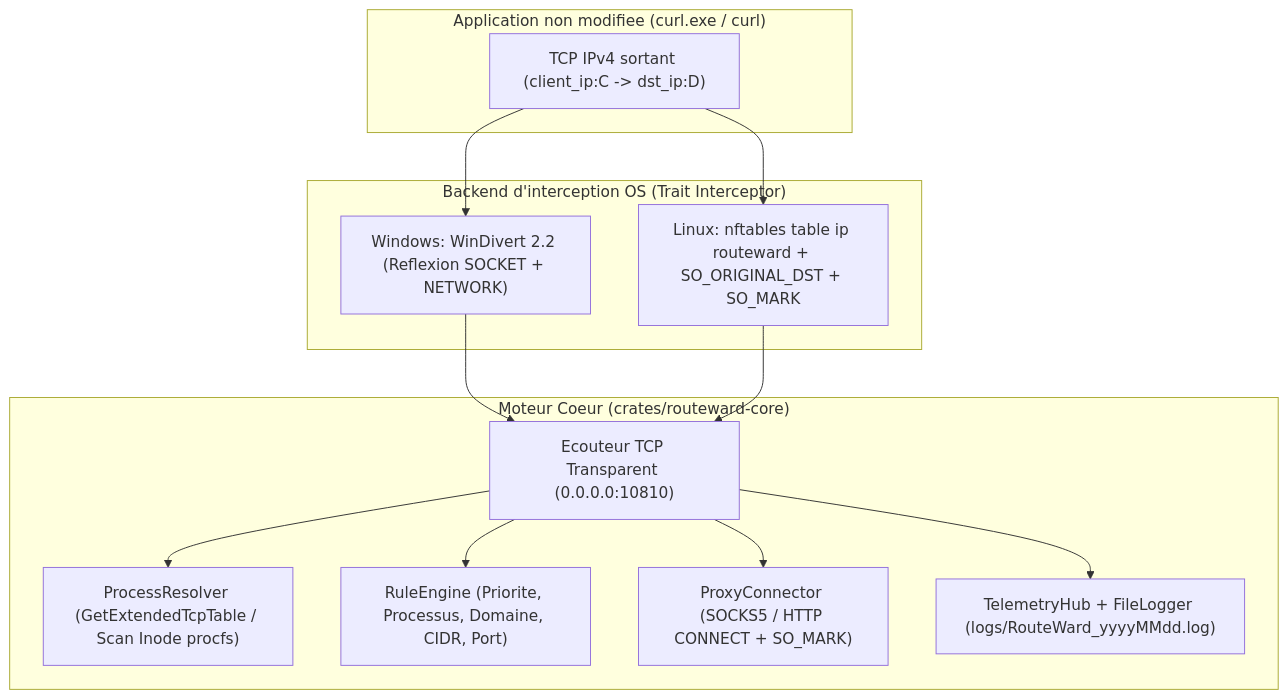
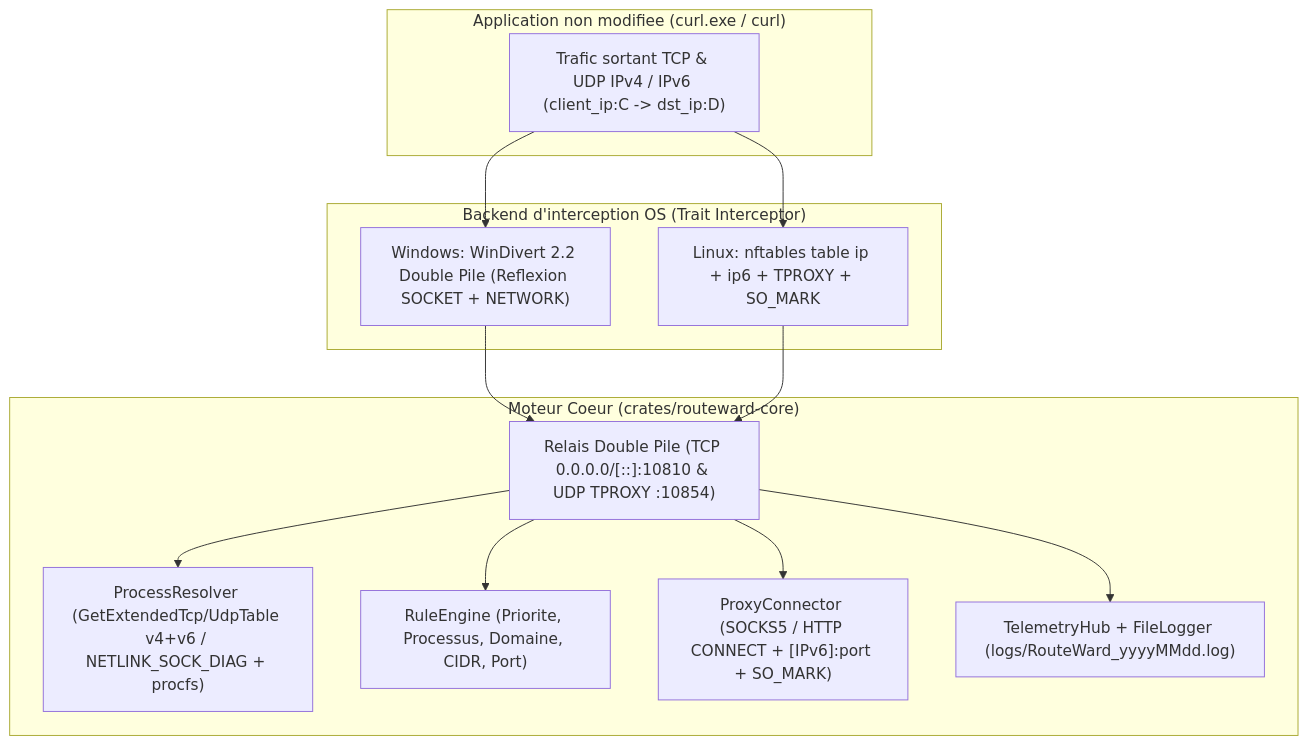
One commit to VBlackJack/routeward changed the diagram in docs/fr/architecture.md. Above: the diagram before and after it, drawn with Mermaid. The commit also changed other lines of this file and 74 other files, not shown here.

Commit message:
feat(core,desktop,ui): add dual-stack IPv6 interception, NETLINK_SOCK_DIAG, security audit hardening, and modular refactors

````diff
--- a/docs/fr/architecture.md
+++ b/docs/fr/architecture.md
@@ -150,28 +166,28 @@
 ```mermaid
 flowchart TD
     subgraph ClientApp["Application non modifiee (curl.exe / curl)"]
-        Curl["TCP IPv4 sortant (client_ip:C -> dst_ip:D)"]
+        Curl["Trafic sortant TCP & UDP IPv4 / IPv6 (client_ip:C -> dst_ip:D)"]
     end
 
     subgraph OSBackend["Backend d'interception OS (Trait Interceptor)"]
-        WinBackend["Windows: WinDivert 2.2 (Reflexion SOCKET + NETWORK)"]
-        LinBackend["Linux: nftables table ip routeward + SO_ORIGINAL_DST + SO_MARK"]
+        WinBackend["Windows: WinDivert 2.2 Double Pile (Reflexion SOCKET + NETWORK)"]
+        LinBackend["Linux: nftables table ip + ip6 + TPROXY + SO_MARK"]
     end
 
     subgraph Core["Moteur Coeur (crates/routeward-core)"]
-        ProcRes["ProcessResolver (GetExtendedTcpTable / Scan Inode procfs)"]
-        TransRelay["Ecouteur TCP Transparent (0.0.0.0:10810)"]
+        ProcRes["ProcessResolver (GetExtendedTcp/UdpTable v4+v6 / NETLINK_SOCK_DIAG + procfs)"]
+        TransRelay["Relais Double Pile (TCP 0.0.0.0/[::]:10810 & UDP TPROXY :10854)"]
         RuleEngine["RuleEngine (Priorite, Processus, Domaine, CIDR, Port)"]
-        ProxyConnector["ProxyConnector (SOCKS5 / HTTP CONNECT + SO_MARK)"]
+        ProxyConnector["ProxyConnector (SOCKS5 / HTTP CONNECT + [IPv6]:port + SO_MARK)"]
         Telemetry["TelemetryHub + FileLogger (logs/RouteWard_yyyyMMdd.log)"]
     end
 
     Curl --> WinBackend
     Curl --> LinBackend
     WinBackend --> TransRelay
     LinBackend --> TransRelay
     TransRelay --> ProcRes
     TransRelay --> RuleEngine
     TransRelay --> ProxyConnector
     TransRelay --> Telemetry
 ```
````
